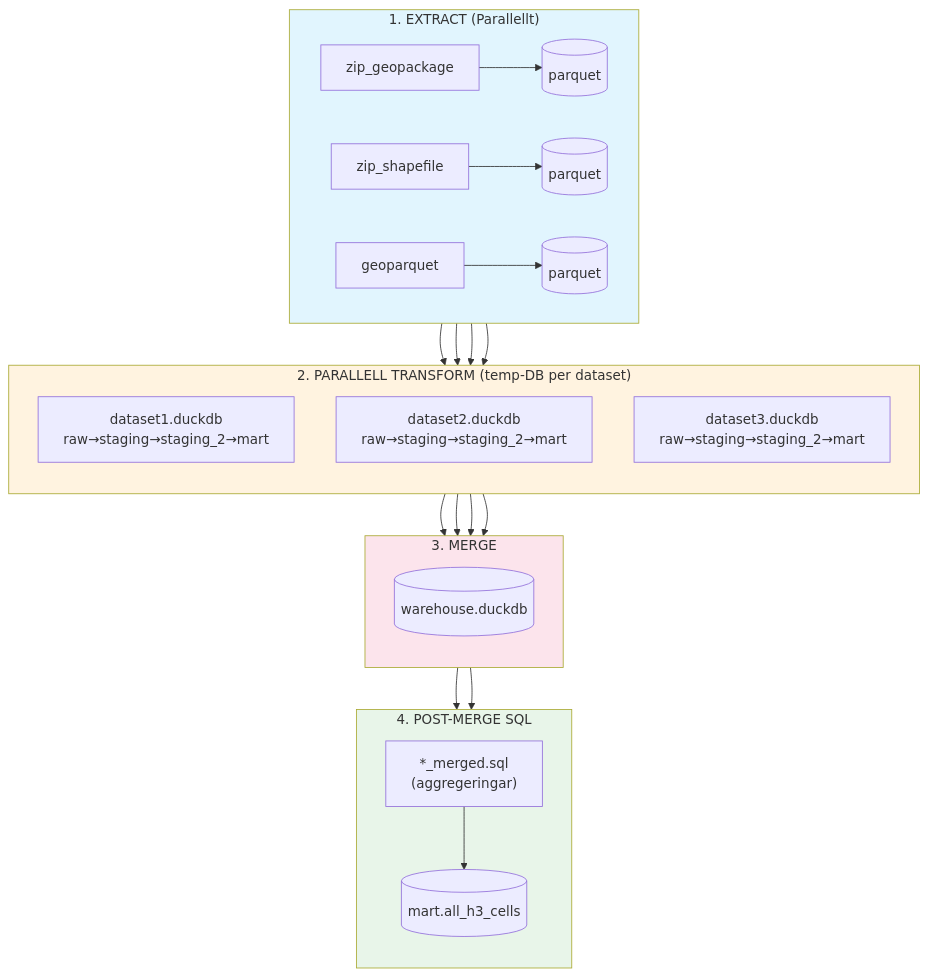
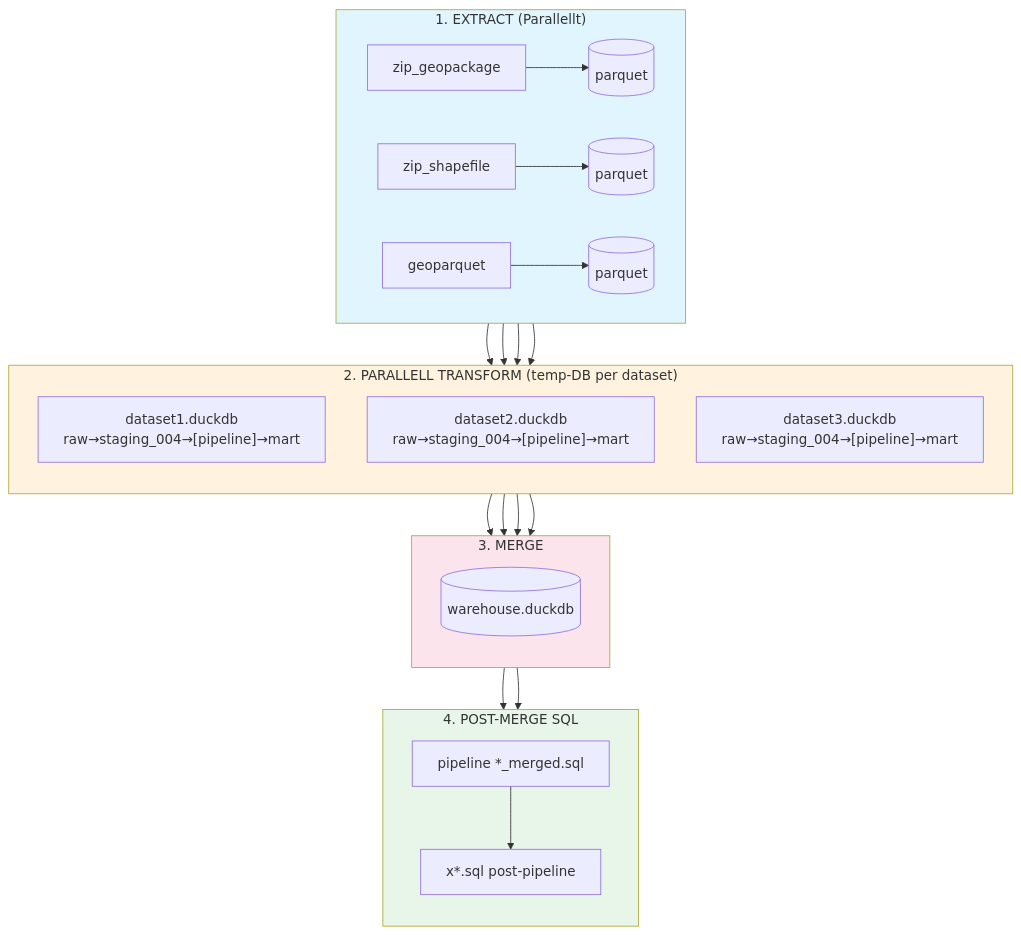
Before and after one commit to 10gbrand/g-etl: the diagram in docs/architecture.md, drawn with Mermaid. The commit also changed other lines of this file and 23 other files, not shown here.

````diff
--- a/docs/architecture.md
+++ b/docs/architecture.md
@@ -7,36 +7,36 @@
 ```mermaid
 flowchart TB
     subgraph Extract["1. EXTRACT (Parallellt)"]
         direction LR
         A1[zip_geopackage] --> P1[(parquet)]
         A2[zip_shapefile] --> P2[(parquet)]
         A3[geoparquet] --> P3[(parquet)]
     end
 
     subgraph Transform["2. PARALLELL TRANSFORM (temp-DB per dataset)"]
         direction TB
-        P1 --> T1["dataset1.duckdb<br/>raw→staging→staging_2→mart"]
-        P2 --> T2["dataset2.duckdb<br/>raw→staging→staging_2→mart"]
-        P3 --> T3["dataset3.duckdb<br/>raw→staging→staging_2→mart"]
+        P1 --> T1["dataset1.duckdb<br/>raw→staging_004→[pipeline]→mart"]
+        P2 --> T2["dataset2.duckdb<br/>raw→staging_004→[pipeline]→mart"]
+        P3 --> T3["dataset3.duckdb<br/>raw→staging_004→[pipeline]→mart"]
     end
 
     subgraph Merge["3. MERGE"]
         direction TB
         T1 --> W[(warehouse.duckdb)]
         T2 --> W
         T3 --> W
     end
 
     subgraph PostMerge["4. POST-MERGE SQL"]
         direction TB
-        W --> PM["*_merged.sql<br/>(aggregeringar)"]
-        PM --> WF[(mart.all_h3_cells)]
+        W --> PM["pipeline *_merged.sql"]
+        PM --> XP["x*.sql post-pipeline"]
     end
 
     Extract --> Transform --> Merge --> PostMerge
 
     style Extract fill:#e1f5fe
     style Transform fill:#fff3e0
     style Merge fill:#fce4ec
     style PostMerge fill:#e8f5e9
 ```
````
